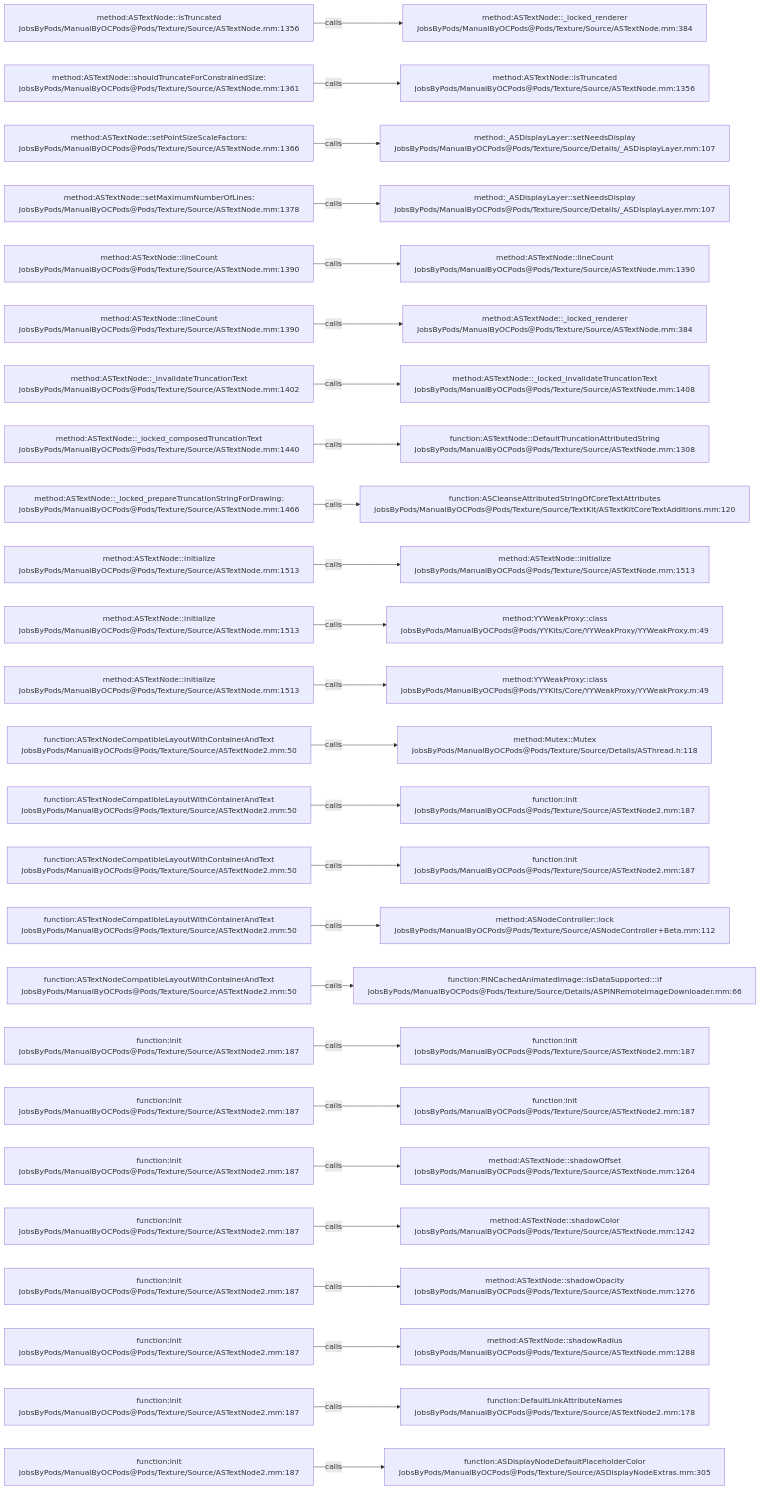
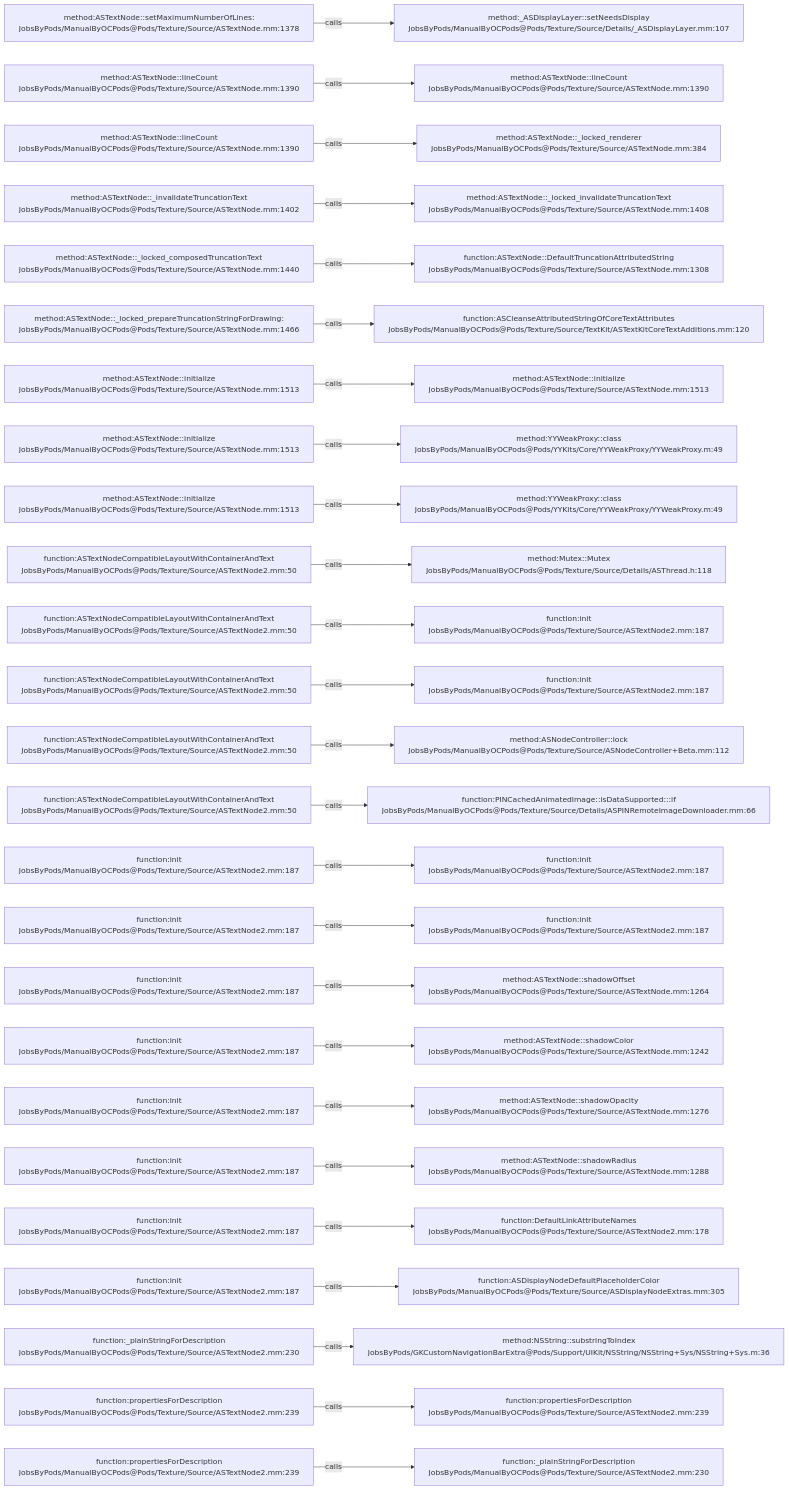
One commit to JobsKits/JobsOCBaseConfigDemo changed the diagram in .codegraph/codegraph.md/graphs/calls-140.md. Above: the diagram before and after it, drawn with Mermaid. The commit also changed 342 other files, not shown here.

````diff
--- a/.codegraph/codegraph.md/graphs/calls-140.md
+++ b/.codegraph/codegraph.md/graphs/calls-140.md
@@ -13,78 +13,78 @@
 ```mermaid
 flowchart LR
-  S1["method:ASTextNode::isTruncated<br/>JobsByPods/ManualByOCPods@Pods/Texture/Source/ASTextNode.mm:1356"]
-  T1["method:ASTextNode::_locked_renderer<br/>JobsByPods/ManualByOCPods@Pods/Texture/Source/ASTextNode.mm:384"]
+  S1["method:ASTextNode::setMaximumNumberOfLines:<br/>JobsByPods/ManualByOCPods@Pods/Texture/Source/ASTextNode.mm:1378"]
+  T1["method:_ASDisplayLayer::setNeedsDisplay<br/>JobsByPods/ManualByOCPods@Pods/Texture/Source/Details/_ASDisplayLayer.mm:107"]
   S1 -->|calls| T1
-  S2["method:ASTextNode::shouldTruncateForConstrainedSize:<br/>JobsByPods/ManualByOCPods@Pods/Texture/Source/ASTextNode.mm:1361"]
-  T2["method:ASTextNode::isTruncated<br/>JobsByPods/ManualByOCPods@Pods/Texture/Source/ASTextNode.mm:1356"]
+  S2["method:ASTextNode::lineCount<br/>JobsByPods/ManualByOCPods@Pods/Texture/Source/ASTextNode.mm:1390"]
+  T2["method:ASTextNode::lineCount<br/>JobsByPods/ManualByOCPods@Pods/Texture/Source/ASTextNode.mm:1390"]
   S2 -->|calls| T2
-  S3["method:ASTextNode::setPointSizeScaleFactors:<br/>JobsByPods/ManualByOCPods@Pods/Texture/Source/ASTextNode.mm:1366"]
-  T3["method:_ASDisplayLayer::setNeedsDisplay<br/>JobsByPods/ManualByOCPods@Pods/Texture/Source/Details/_ASDisplayLayer.mm:107"]
+  S3["method:ASTextNode::lineCount<br/>JobsByPods/ManualByOCPods@Pods/Texture/Source/ASTextNode.mm:1390"]
+  T3["method:ASTextNode::_locked_renderer<br/>JobsByPods/ManualByOCPods@Pods/Texture/Source/ASTextNode.mm:384"]
   S3 -->|calls| T3
-  S4["method:ASTextNode::setMaximumNumberOfLines:<br/>JobsByPods/ManualByOCPods@Pods/Texture/Source/ASTextNode.mm:1378"]
-  T4["method:_ASDisplayLayer::setNeedsDisplay<br/>JobsByPods/ManualByOCPods@Pods/Texture/Source/Details/_ASDisplayLayer.mm:107"]
+  S4["method:ASTextNode::_invalidateTruncationText<br/>JobsByPods/ManualByOCPods@Pods/Texture/Source/ASTextNode.mm:1402"]
+  T4["method:ASTextNode::_locked_invalidateTruncationText<br/>JobsByPods/ManualByOCPods@Pods/Texture/Source/ASTextNode.mm:1408"]
   S4 -->|calls| T4
-  S5["method:ASTextNode::lineCount<br/>JobsByPods/ManualByOCPods@Pods/Texture/Source/ASTextNode.mm:1390"]
-  T5["method:ASTextNode::lineCount<br/>JobsByPods/ManualByOCPods@Pods/Texture/Source/ASTextNode.mm:1390"]
+  S5["method:ASTextNode::_locked_composedTruncationText<br/>JobsByPods/ManualByOCPods@Pods/Texture/Source/ASTextNode.mm:1440"]
+  T5["function:ASTextNode::DefaultTruncationAttributedString<br/>JobsByPods/ManualByOCPods@Pods/Texture/Source/ASTextNode.mm:1308"]
   S5 -->|calls| T5
-  S6["method:ASTextNode::lineCount<br/>JobsByPods/ManualByOCPods@Pods/Texture/Source/ASTextNode.mm:1390"]
-  T6["method:ASTextNode::_locked_renderer<br/>JobsByPods/ManualByOCPods@Pods/Texture/Source/ASTextNode.mm:384"]
+  S6["method:ASTextNode::_locked_prepareTruncationStringForDrawing:<br/>JobsByPods/ManualByOCPods@Pods/Texture/Source/ASTextNode.mm:1466"]
+  T6["function:ASCleanseAttributedStringOfCoreTextAttributes<br/>JobsByPods/ManualByOCPods@Pods/Texture/Source/TextKit/ASTextKitCoreTextAdditions.mm:120"]
   S6 -->|calls| T6
-  S7["method:ASTextNode::_invalidateTruncationText<br/>JobsByPods/ManualByOCPods@Pods/Texture/Source/ASTextNode.mm:1402"]
-  T7["method:ASTextNode::_locked_invalidateTruncationText<br/>JobsByPods/ManualByOCPods@Pods/Texture/Source/ASTextNode.mm:1408"]
+  S7["method:ASTextNode::initialize<br/>JobsByPods/ManualByOCPods@Pods/Texture/Source/ASTextNode.mm:1513"]
+  T7["method:ASTextNode::initialize<br/>JobsByPods/ManualByOCPods@Pods/Texture/Source/ASTextNode.mm:1513"]
   S7 -->|calls| T7
-  S8["method:ASTextNode::_locked_composedTruncationText<br/>JobsByPods/ManualByOCPods@Pods/Texture/Source/ASTextNode.mm:1440"]
-  T8["function:ASTextNode::DefaultTruncationAttributedString<br/>JobsByPods/ManualByOCPods@Pods/Texture/Source/ASTextNode.mm:1308"]
+  S8["method:ASTextNode::initialize<br/>JobsByPods/ManualByOCPods@Pods/Texture/Source/ASTextNode.mm:1513"]
+  T8["method:YYWeakProxy::class<br/>JobsByPods/ManualByOCPods@Pods/YYKits/Core/YYWeakProxy/YYWeakProxy.m:49"]
   S8 -->|calls| T8
-  S9["method:ASTextNode::_locked_prepareTruncationStringForDrawing:<br/>JobsByPods/ManualByOCPods@Pods/Texture/Source/ASTextNode.mm:1466"]
-  T9["function:ASCleanseAttributedStringOfCoreTextAttributes<br/>JobsByPods/ManualByOCPods@Pods/Texture/Source/TextKit/ASTextKitCoreTextAdditions.mm:120"]
+  S9["method:ASTextNode::initialize<br/>JobsByPods/ManualByOCPods@Pods/Texture/Source/ASTextNode.mm:1513"]
+  T9["method:YYWeakProxy::class<br/>JobsByPods/ManualByOCPods@Pods/YYKits/Core/YYWeakProxy/YYWeakProxy.m:49"]
   S9 -->|calls| T9
-  S10["method:ASTextNode::initialize<br/>JobsByPods/ManualByOCPods@Pods/Texture/Source/ASTextNode.mm:1513"]
-  T10["method:ASTextNode::initialize<br/>JobsByPods/ManualByOCPods@Pods/Texture/Source/ASTextNode.mm:1513"]
+  S10["function:ASTextNodeCompatibleLayoutWithContainerAndText<br/>JobsByPods/ManualByOCPods@Pods/Texture/Source/ASTextNode2.mm:50"]
+  T10["method:Mutex::Mutex<br/>JobsByPods/ManualByOCPods@Pods/Texture/Source/Details/ASThread.h:118"]
   S10 -->|calls| T10
-  S11["method:ASTextNode::initialize<br/>JobsByPods/ManualByOCPods@Pods/Texture/Source/ASTextNode.mm:1513"]
-  T11["method:YYWeakProxy::class<br/>JobsByPods/ManualByOCPods@Pods/YYKits/Core/YYWeakProxy/YYWeakProxy.m:49"]
+  S11["function:ASTextNodeCompatibleLayoutWithContainerAndText<br/>JobsByPods/ManualByOCPods@Pods/Texture/Source/ASTextNode2.mm:50"]
+  T11["function:init<br/>JobsByPods/ManualByOCPods@Pods/Texture/Source/ASTextNode2.mm:187"]
   S11 -->|calls| T11
-  S12["method:ASTextNode::initialize<br/>JobsByPods/ManualByOCPods@Pods/Texture/Source/ASTextNode.mm:1513"]
-  T12["method:YYWeakProxy::class<br/>JobsByPods/ManualByOCPods@Pods/YYKits/Core/YYWeakProxy/YYWeakProxy.m:49"]
+  S12["function:ASTextNodeCompatibleLayoutWithContainerAndText<br/>JobsByPods/ManualByOCPods@Pods/Texture/Source/ASTextNode2.mm:50"]
+  T12["function:init<br/>JobsByPods/ManualByOCPods@Pods/Texture/Source/ASTextNode2.mm:187"]
   S12 -->|calls| T12
   S13["function:ASTextNodeCompatibleLayoutWithContainerAndText<br/>JobsByPods/ManualByOCPods@Pods/Texture/Source/ASTextNode2.mm:50"]
-  T13["method:Mutex::Mutex<br/>JobsByPods/ManualByOCPods@Pods/Texture/Source/Details/ASThread.h:118"]
+  T13["method:ASNodeController::lock<br/>JobsByPods/ManualByOCPods@Pods/Texture/Source/ASNodeController+Beta.mm:112"]
   S13 -->|calls| T13
   S14["function:ASTextNodeCompatibleLayoutWithContainerAndText<br/>JobsByPods/ManualByOCPods@Pods/Texture/Source/ASTextNode2.mm:50"]
-  T14["function:init<br/>JobsByPods/ManualByOCPods@Pods/Texture/Source/ASTextNode2.mm:187"]
+  T14["function:PINCachedAnimatedImage::isDataSupported:::if<br/>JobsByPods/ManualByOCPods@Pods/Texture/Source/Details/ASPINRemoteImageDownloader.mm:66"]
   S14 -->|calls| T14
-  S15["function:ASTextNodeCompatibleLayoutWithContainerAndText<br/>JobsByPods/ManualByOCPods@Pods/Texture/Source/ASTextNode2.mm:50"]
+  S15["function:init<br/>JobsByPods/ManualByOCPods@Pods/Texture/Source/ASTextNode2.mm:187"]
   T15["function:init<br/>JobsByPods/ManualByOCPods@Pods/Texture/Source/ASTextNode2.mm:187"]
   S15 -->|calls| T15
-  S16["function:ASTextNodeCompatibleLayoutWithContainerAndText<br/>JobsByPods/ManualByOCPods@Pods/Texture/Source/ASTextNode2.mm:50"]
-  T16["method:ASNodeController::lock<br/>JobsByPods/ManualByOCPods@Pods/Texture/Source/ASNodeController+Beta.mm:112"]
+  S16["function:init<br/>JobsByPods/ManualByOCPods@Pods/Texture/Source/ASTextNode2.mm:187"]
+  T16["function:init<br/>JobsByPods/ManualByOCPods@Pods/Texture/Source/ASTextNode2.mm:187"]
   S16 -->|calls| T16
-  S17["function:ASTextNodeCompatibleLayoutWithContainerAndText<br/>JobsByPods/ManualByOCPods@Pods/Texture/Source/ASTextNode2.mm:50"]
-  T17["function:PINCachedAnimatedImage::isDataSupported:::if<br/>JobsByPods/ManualByOCPods@Pods/Texture/Source/Details/ASPINRemoteImageDownloader.mm:66"]
+  S17["function:init<br/>JobsByPods/ManualByOCPods@Pods/Texture/Source/ASTextNode2.mm:187"]
+  T17["method:ASTextNode::shadowOffset<br/>JobsByPods/ManualByOCPods@Pods/Texture/Source/ASTextNode.mm:1264"]
   S17 -->|calls| T17
   S18["function:init<br/>JobsByPods/ManualByOCPods@Pods/Texture/Source/ASTextNode2.mm:187"]
-  T18["function:init<br/>JobsByPods/ManualByOCPods@Pods/Texture/Source/ASTextNode2.mm:187"]
+  T18["method:ASTextNode::shadowColor<br/>JobsByPods/ManualByOCPods@Pods/Texture/Source/ASTextNode.mm:1242"]
   S18 -->|calls| T18
   S19["function:init<br/>JobsByPods/ManualByOCPods@Pods/Texture/Source/ASTextNode2.mm:187"]
-  T19["function:init<br/>JobsByPods/ManualByOCPods@Pods/Texture/Source/ASTextNode2.mm:187"]
+  T19["method:ASTextNode::shadowOpacity<br/>JobsByPods/ManualByOCPods@Pods/Texture/Source/ASTextNode.mm:1276"]
   S19 -->|calls| T19
   S20["function:init<br/>JobsByPods/ManualByOCPods@Pods/Texture/Source/ASTextNode2.mm:187"]
-  T20["method:ASTextNode::shadowOffset<br/>JobsByPods/ManualByOCPods@Pods/Texture/Source/ASTextNode.mm:1264"]
+  T20["method:ASTextNode::shadowRadius<br/>JobsByPods/ManualByOCPods@Pods/Texture/Source/ASTextNode.mm:1288"]
   S20 -->|calls| T20
   S21["function:init<br/>JobsByPods/ManualByOCPods@Pods/Texture/Source/ASTextNode2.mm:187"]
-  T21["method:ASTextNode::shadowColor<br/>JobsByPods/ManualByOCPods@Pods/Texture/Source/ASTextNode.mm:1242"]
+  T21["function:DefaultLinkAttributeNames<br/>JobsByPods/ManualByOCPods@Pods/Texture/Source/ASTextNode2.mm:178"]
   S21 -->|calls| T21
   S22["function:init<br/>JobsByPods/ManualByOCPods@Pods/Texture/Source/ASTextNode2.mm:187"]
-  T22["method:ASTextNode::shadowOpacity<br/>JobsByPods/ManualByOCPods@Pods/Texture/Source/ASTextNode.mm:1276"]
+  T22["function:ASDisplayNodeDefaultPlaceholderColor<br/>JobsByPods/ManualByOCPods@Pods/Texture/Source/ASDisplayNodeExtras.mm:305"]
   S22 -->|calls| T22
-  S23["function:init<br/>JobsByPods/ManualByOCPods@Pods/Texture/Source/ASTextNode2.mm:187"]
-  T23["method:ASTextNode::shadowRadius<br/>JobsByPods/ManualByOCPods@Pods/Texture/Source/ASTextNode.mm:1288"]
+  S23["function:_plainStringForDescription<br/>JobsByPods/ManualByOCPods@Pods/Texture/Source/ASTextNode2.mm:230"]
+  T23["method:NSString::substringToIndex<br/>JobsByPods/GKCustomNavigationBarExtra@Pods/Support/UIKit/NSString/NSString+Sys/NSString+Sys.m:36"]
   S23 -->|calls| T23
-  S24["function:init<br/>JobsByPods/ManualByOCPods@Pods/Texture/Source/ASTextNode2.mm:187"]
-  T24["function:DefaultLinkAttributeNames<br/>JobsByPods/ManualByOCPods@Pods/Texture/Source/ASTextNode2.mm:178"]
+  S24["function:propertiesForDescription<br/>JobsByPods/ManualByOCPods@Pods/Texture/Source/ASTextNode2.mm:239"]
+  T24["function:propertiesForDescription<br/>JobsByPods/ManualByOCPods@Pods/Texture/Source/ASTextNode2.mm:239"]
   S24 -->|calls| T24
-  S25["function:init<br/>JobsByPods/ManualByOCPods@Pods/Texture/Source/ASTextNode2.mm:187"]
-  T25["function:ASDisplayNodeDefaultPlaceholderColor<br/>JobsByPods/ManualByOCPods@Pods/Texture/Source/ASDisplayNodeExtras.mm:305"]
+  S25["function:propertiesForDescription<br/>JobsByPods/ManualByOCPods@Pods/Texture/Source/ASTextNode2.mm:239"]
+  T25["function:_plainStringForDescription<br/>JobsByPods/ManualByOCPods@Pods/Texture/Source/ASTextNode2.mm:230"]
   S25 -->|calls| T25
 ```
````
